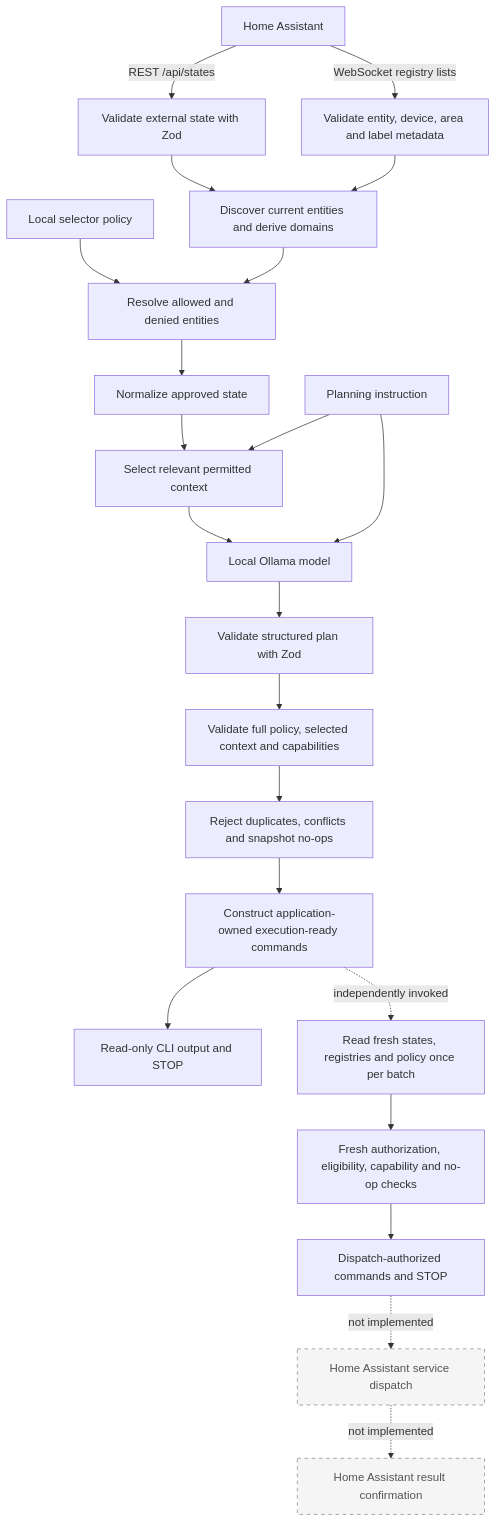
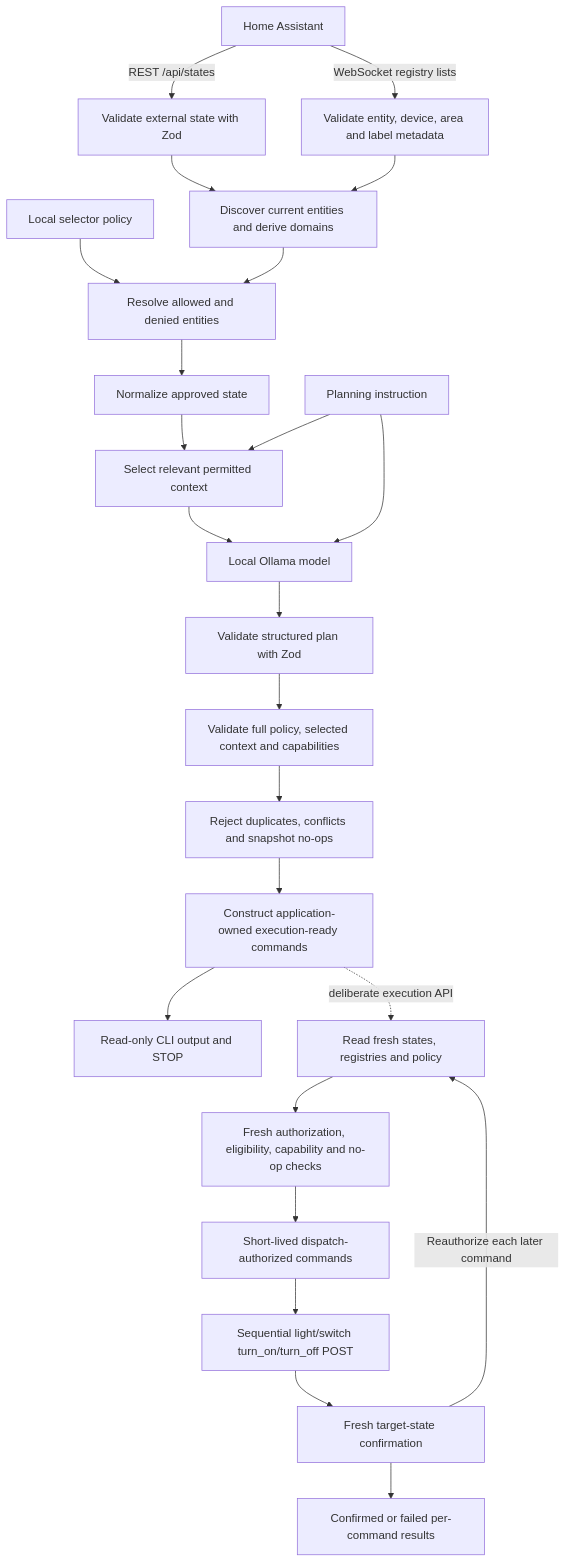
The diagram in README.md (aabiskar1/aryal-home), drawn with Mermaid before and after one commit. The commit also changed other lines of this file and 5 other files, not shown here.

Commit message:
feat: dispatch authorized light and switch commands with confirmation

````diff
--- a/README.md
+++ b/README.md
@@ -42,27 +42,26 @@
 ```mermaid
 flowchart TD
     HA[Home Assistant] -->|REST /api/states| HV[Validate external state with Zod]
     HA -->|WebSocket registry lists| RG[Validate entity, device, area and label metadata]
     HV --> D[Discover current entities and derive domains]
     RG --> D
     P[Local selector policy] --> R[Resolve allowed and denied entities]
     D --> R
     R --> N[Normalize approved state]
     N --> Q[Select relevant permitted context]
     I[Planning instruction] --> Q
     Q --> O[Local Ollama model]
     I --> O
     O --> S[Validate structured plan with Zod]
     S --> PV[Validate full policy, selected context and capabilities]
     PV --> ER[Reject duplicates, conflicts and snapshot no-ops]
     ER --> CMD[Construct application-owned execution-ready commands]
     CMD --> C[Read-only CLI output and STOP]
-    CMD -. independently invoked .-> FR[Read fresh states, registries and policy once per batch]
+    CMD -. deliberate execution API .-> FR[Read fresh states, registries and policy]
     FR --> RV[Fresh authorization, eligibility, capability and no-op checks]
-    RV --> DAC[Dispatch-authorized commands and STOP]
-    DAC -. not implemented .-> E[Home Assistant service dispatch]
-    E -. not implemented .-> CONF[Home Assistant result confirmation]
-
-    classDef future fill:#f5f5f5,stroke:#888,stroke-dasharray:5 5,color:#555;
-    class E,CONF future;
+    RV --> DAC[Short-lived dispatch-authorized commands]
+    DAC --> E[Sequential light/switch turn_on/turn_off POST]
+    E --> CONF[Fresh target-state confirmation]
+    CONF --> RESULT[Confirmed or failed per-command results]
+    CONF -->|Reauthorize each later command| FR
 ```
````
